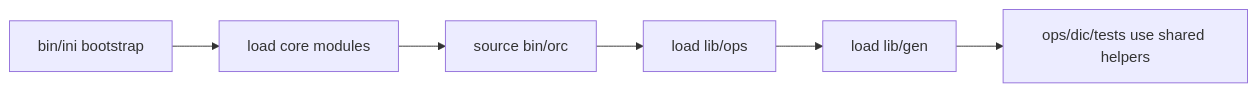
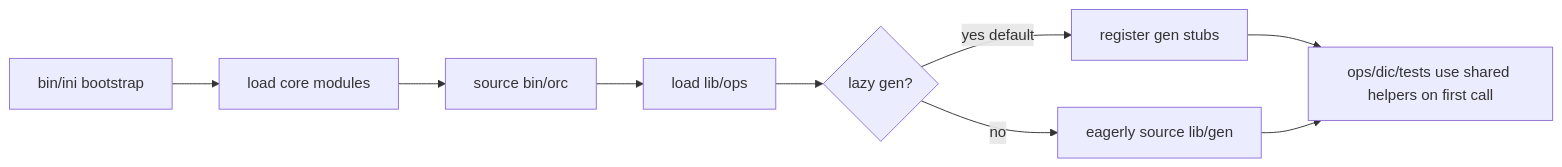
Before and after one commit to woeiru/lab: the second of 2 diagrams in doc/arc/02-core-and-gen.md, drawn with Mermaid. The commit also changed other lines of this file and 6 other files, not shown here.

Commit message:
docs: update architecture docs for bootstrapper performance renewal

````diff
--- a/doc/arc/02-core-and-gen.md
+++ b/doc/arc/02-core-and-gen.md
@@ -56,8 +67,11 @@
 ```mermaid
 flowchart LR
     A[bin/ini bootstrap] --> B[load core modules]
     B --> C[source bin/orc]
     C --> D[load lib/ops]
-    D --> E[load lib/gen]
-    E --> F[ops/dic/tests use shared helpers]
+    D --> E{lazy gen?}
+    E -->|yes default| F[register gen stubs]
+    E -->|no| G[eagerly source lib/gen]
+    F --> H[ops/dic/tests use shared helpers on first call]
+    G --> H
 ```
````
